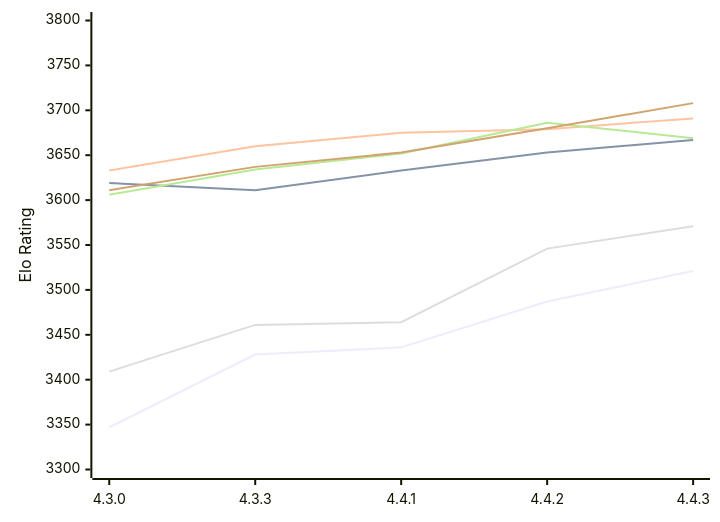
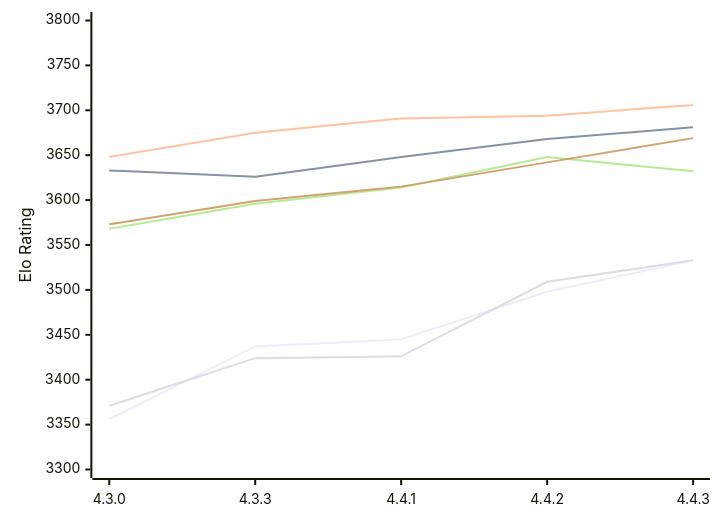
One commit to computer-chess-index/cci changed the first of 2 diagrams in engines/Gaia.md. Above: the diagram before and after it, drawn with Mermaid. The commit also changed other lines of this file, not shown here.

Commit message:
Update CCI Ratings (ELO VLTC) - 2026-11-14

````diff
--- a/engines/Gaia.md
+++ b/engines/Gaia.md
@@ -61,12 +61,12 @@
 ```mermaid
 %%{init: {"theme":"base","themeVariables":{"seriesColors:['#a3a3a3','#222221','#faa371']}}}%%
 xychart-beta
   x-axis ["4.3.0", "4.3.3", "4.4.1", "4.4.2", "4.4.3"]
   y-axis "Elo Rating" 3300 --> 3800
-  line "E1: STC (8.0+0.08s)" [3347, 3428, 3436, 3487, 3521]
-  line "E1: LTC (60.0+0.60s)" [3619, 3611, 3633, 3653, 3667]
-  line "E1: VLTC (2m24s+1.12s)" [3633, 3660, 3675, 3679, 3691]
-  line "P1: STC (8.0+0.08s)" [3409, 3461, 3464, 3546, 3571]
-  line "P1: LTC (60.0+0.60s)" [3606, 3634, 3652, 3686, 3669]
-  line "P1: VLTC (2m24s+1.12s)" [3611, 3637, 3653, 3680, 3708]
+  line "E1: STC (8.0+0.08s)" [3356, 3437, 3445, 3498, 3533]
+  line "E1: LTC (60.0+0.60s)" [3633, 3626, 3648, 3668, 3681]
+  line "E1: VLTC (2m24s+1.12s)" [3648, 3675, 3691, 3694, 3706]
+  line "P1: STC (8.0+0.08s)" [3371, 3424, 3426, 3509, 3533]
+  line "P1: LTC (60.0+0.60s)" [3568, 3596, 3614, 3648, 3632]
+  line "P1: VLTC (2m24s+1.12s)" [3573, 3599, 3615, 3642, 3669]
 ```
````
